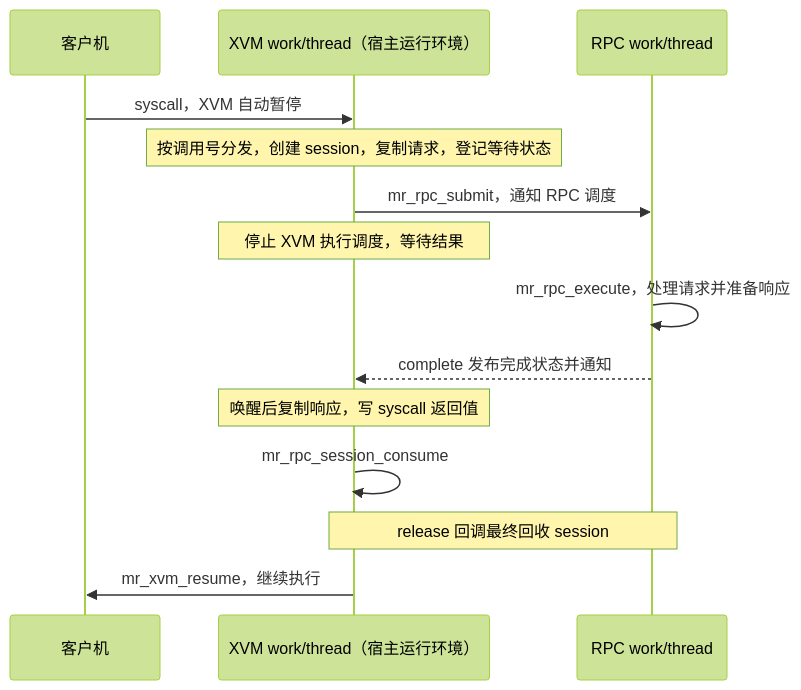
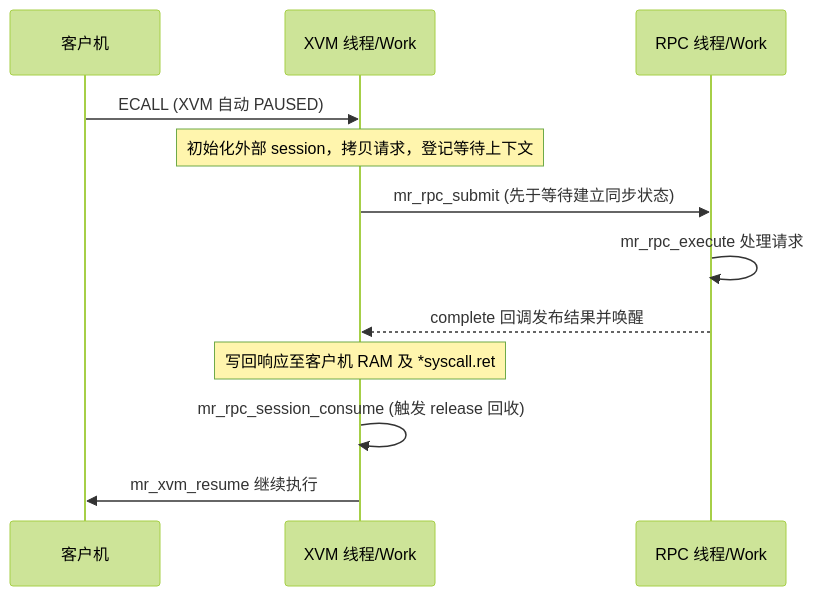
One commit to Mac-Rsh/mrX changed the diagram in document/modules/xvm/xvm.md. Above: the diagram before and after it, drawn with Mermaid (forest theme). The commit also changed other lines of this file and 204 other files, not shown here.

````diff
--- a/document/modules/xvm/xvm.md
+++ b/document/modules/xvm/xvm.md
@@ -234,16 +102,14 @@
 ```mermaid
 sequenceDiagram
     participant Guest as 客户机
-    participant XVM as XVM work/thread（宿主运行环境）
-    participant RPC as RPC work/thread
-    Guest->>XVM: syscall，XVM 自动暂停
-    Note over XVM: 按调用号分发，创建 session，复制请求，登记等待状态
-    XVM->>RPC: mr_rpc_submit，通知 RPC 调度
-    Note over XVM: 停止 XVM 执行调度，等待结果
-    RPC->>RPC: mr_rpc_execute，处理请求并准备响应
-    RPC-->>XVM: complete 发布完成状态并通知
-    Note over XVM: 唤醒后复制响应，写 syscall 返回值
-    XVM->>XVM: mr_rpc_session_consume
-    Note over XVM,RPC: release 回调最终回收 session
-    XVM->>Guest: mr_xvm_resume，继续执行
+    participant XVM as XVM 线程/Work
+    participant RPC as RPC 线程/Work
+    Guest->>XVM: ECALL (XVM 自动 PAUSED)
+    Note over XVM: 初始化外部 session，拷贝请求，登记等待上下文
+    XVM->>RPC: mr_rpc_submit (先于等待建立同步状态)
+    RPC->>RPC: mr_rpc_execute 处理请求
+    RPC-->>XVM: complete 回调发布结果并唤醒
+    Note over XVM: 写回响应至客户机 RAM 及 *syscall.ret
+    XVM->>XVM: mr_rpc_session_consume (触发 release 回收)
+    XVM->>Guest: mr_xvm_resume 继续执行
 ```
````
